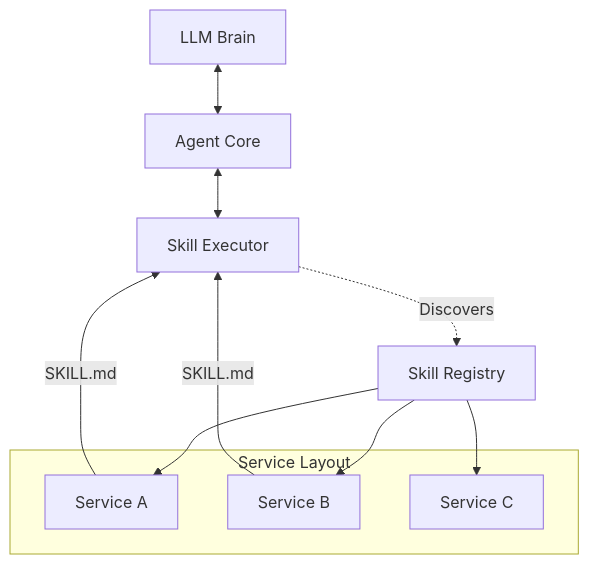
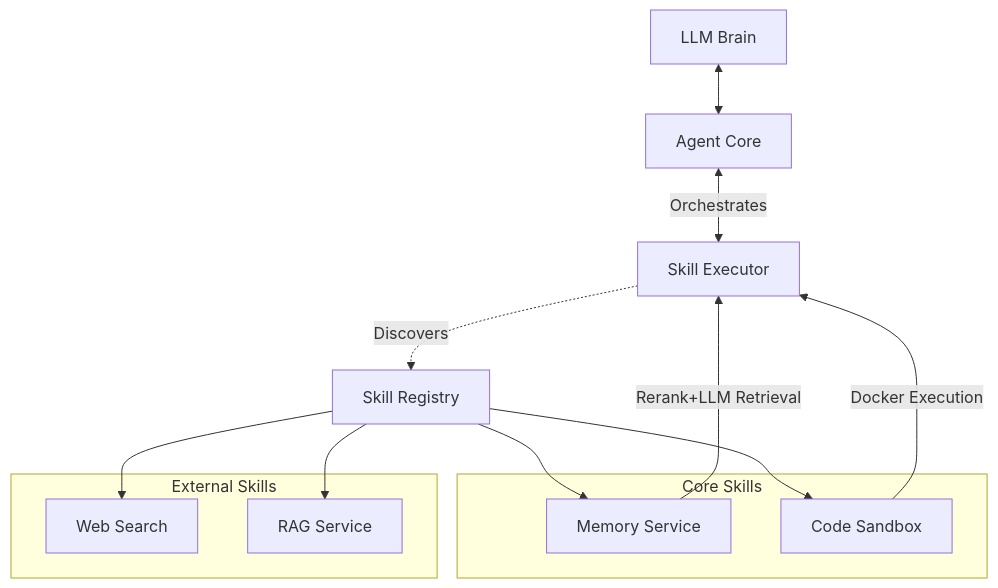
The diagram in README.md (Lin-A1/skills-agent), drawn with Mermaid before and after one commit. The commit also changed other lines of this file and 1 other file, not shown here.

````diff
--- a/README.md
+++ b/README.md
@@ -22,19 +22,24 @@
 ```mermaid
 graph TD
     LLM[LLM Brain] <--> Core[Agent Core]
-    Core <--> Executor[Skill Executor]
+    Core <--> |Orchestrates| Executor[Skill Executor]
     Executor -.-> |Discovers| Registry[Skill Registry]
     
-    subgraph "Service Layout"
-        S1[Service A]
-        S2[Service B]
-        S3[Service C]
+    subgraph "Core Skills"
+        Mem[Memory Service]
+        Sand[Code Sandbox]
+    end
+
+    subgraph "External Skills"
+        Web[Web Search]
+        RAG[RAG Service]
     end
     
-    Registry --> S1
-    Registry --> S2
-    Registry --> S3
+    Registry --> Mem
+    Registry --> Sand
+    Registry --> Web
+    Registry --> RAG
     
-    S1 -- "SKILL.md" --> Executor
-    S2 -- "SKILL.md" --> Executor
+    Mem -- "Rerank+LLM Retrieval" --> Executor
+    Sand -- "Docker Execution" --> Executor
 ```
````
